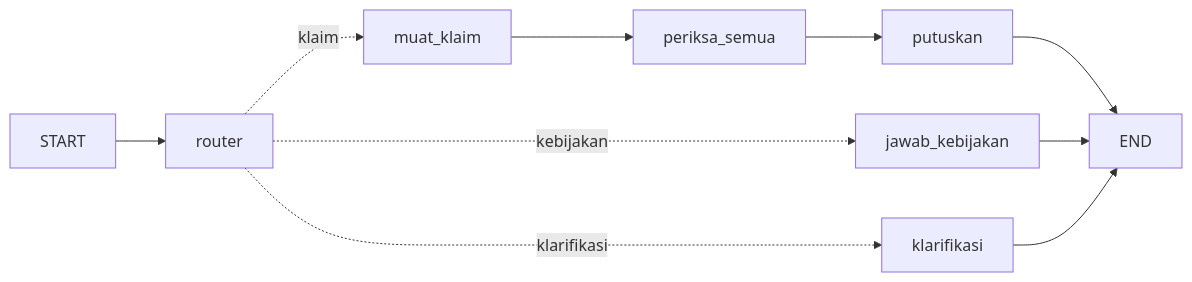
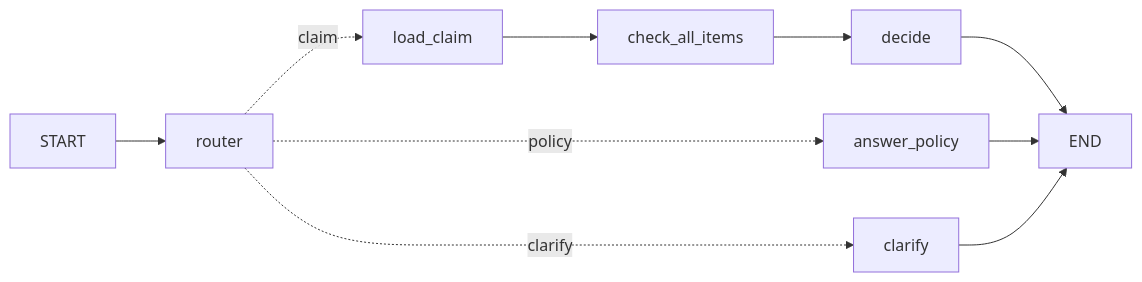
One commit to bilalbayasut/langgraph-klaim-lab changed the fifth of 13 diagrams in LAB.md. Above: the diagram before and after it, drawn with Mermaid. The commit also changed other lines of this file and 78 other files, not shown here.

````diff
--- a/LAB.md
+++ b/LAB.md
@@ -1092,7 +1094,7 @@
 ```mermaid
 flowchart LR
   START --> router
-  router -.klaim.-> muat_klaim --> periksa_semua --> putuskan --> END
-  router -.kebijakan.-> jawab_kebijakan --> END
-  router -.klarifikasi.-> klarifikasi --> END
+  router -.claim.-> load_claim --> check_all_items --> decide --> END
+  router -.policy.-> answer_policy --> END
+  router -.clarify.-> clarify --> END
 ```
````
